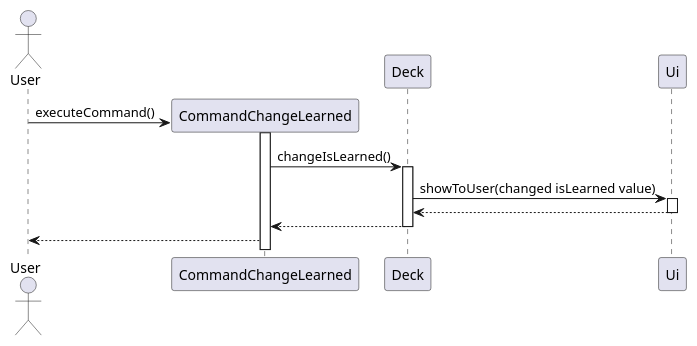
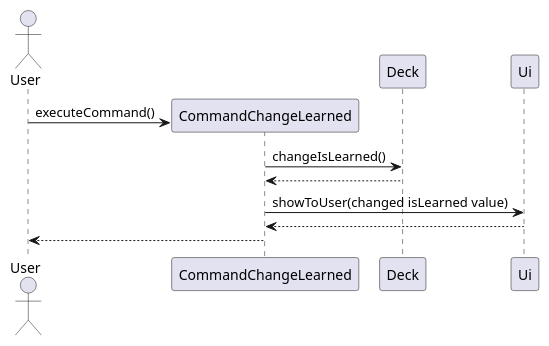
Before and after one commit to felfelyuen/tp: the diagram in docs/diagrams/ChangeIsLearnedSequenceDiagram.puml, drawn with PlantUML. The commit also changed 12 other files, not shown here.

```diff
--- a/docs/diagrams/ChangeIsLearnedSequenceDiagram.puml
+++ b/docs/diagrams/ChangeIsLearnedSequenceDiagram.puml
@@ -1,14 +1,13 @@
 @startuml
 
 actor User
 User -> CommandChangeLearned **: executeCommand()
-CommandChangeLearned++
-CommandChangeLearned -> Deck++: changeIsLearned()
+CommandChangeLearned -> Deck: changeIsLearned()
+return
+CommandChangeLearned -> Ui: showToUser(changed isLearned value)
+return
 
-    Deck -> Ui++: showToUser(changed isLearned value)
-return
-return
 CommandChangeLearned --> User
 
 
 @enduml
```
